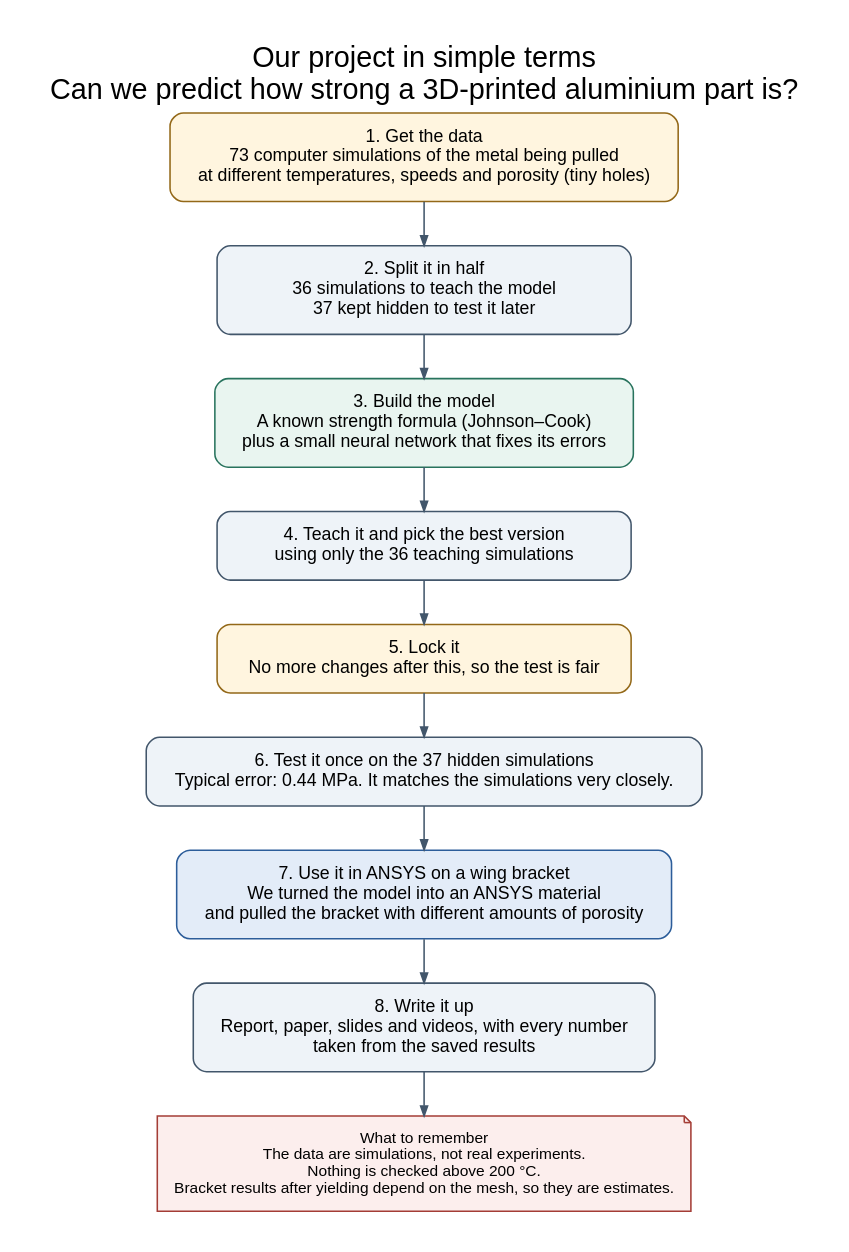
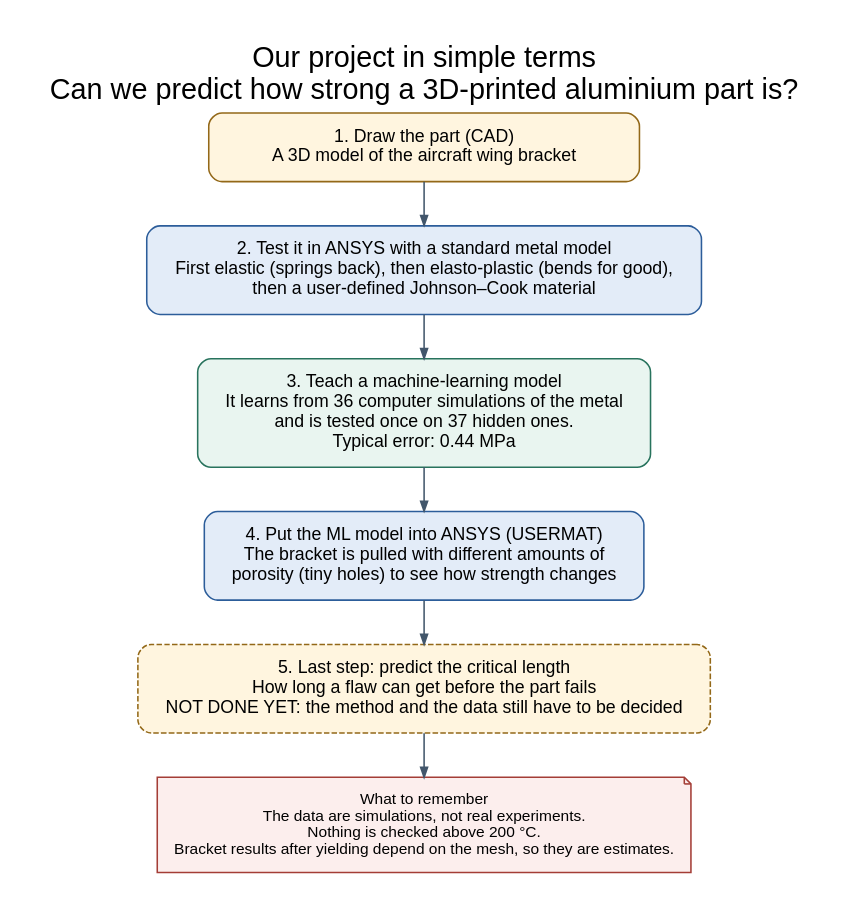
The diagram in docs/project-flowchart/simple.dot (SaravananRamar06/MMM-ML), drawn with Graphviz before and after one commit. The commit also changed 6 other files, not shown here.

First line of the commit message:
Redraw project flowcharts in the team's order of work

```diff
--- a/docs/project-flowchart/simple.dot
+++ b/docs/project-flowchart/simple.dot
@@ -1,21 +1,18 @@
 digraph SIMPLE {
   graph [rankdir=TB, bgcolor="white", pad=0.4, nodesep=0.4, ranksep=0.55,
     fontname="Arial", fontsize=26, labelloc=t,
     label="Our project in simple terms\nCan we predict how strong a 3D-printed aluminium part is?"];
   node [shape=box, style="rounded,filled", fillcolor="#eef3f8", color="#42566b",
-    fontname="Arial", fontsize=16, margin="0.3,0.18", penwidth=1.4, width=5.2];
+    fontname="Arial", fontsize=16, margin="0.3,0.18", penwidth=1.4, width=5.4];
   edge [color="#42566b", arrowsize=0.9, penwidth=1.4];
 
-  a [label="1. Get the data\n73 computer simulations of the metal being pulled\nat different temperatures, speeds and porosity (tiny holes)", fillcolor="#fff5df", color="#936818"];
-  b [label="2. Split it in half\n36 simulations to teach the model\n37 kept hidden to test it later"];
-  c [label="3. Build the model\nA known strength formula (Johnson–Cook)\nplus a small neural network that fixes its errors", fillcolor="#e9f5f0", color="#28735d"];
-  d [label="4. Teach it and pick the best version\nusing only the 36 teaching simulations"];
-  e [label="5. Lock it\nNo more changes after this, so the test is fair", fillcolor="#fff5df", color="#936818"];
-  f [label="6. Test it once on the 37 hidden simulations\nTypical error: 0.44 MPa. It matches the simulations very closely."];
-  g [label="7. Use it in ANSYS on a wing bracket\nWe turned the model into an ANSYS material\nand pulled the bracket with different amounts of porosity", fillcolor="#e3ecf8", color="#2c5d9a"];
-  h [label="8. Write it up\nReport, paper, slides and videos, with every number\ntaken from the saved results"];
+  a [label="1. Draw the part (CAD)\nA 3D model of the aircraft wing bracket", fillcolor="#fff5df", color="#936818"];
+  b [label="2. Test it in ANSYS with a standard metal model\nFirst elastic (springs back), then elasto-plastic (bends for good),\nthen a user-defined Johnson–Cook material", fillcolor="#e3ecf8", color="#2c5d9a"];
+  c [label="3. Teach a machine-learning model\nIt learns from 36 computer simulations of the metal\nand is tested once on 37 hidden ones.\nTypical error: 0.44 MPa", fillcolor="#e9f5f0", color="#28735d"];
+  d [label="4. Put the ML model into ANSYS (USERMAT)\nThe bracket is pulled with different amounts of\nporosity (tiny holes) to see how strength changes", fillcolor="#e3ecf8", color="#2c5d9a"];
+  e [label="5. Last step: predict the critical length\nHow long a flaw can get before the part fails\nNOT DONE YET: the method and the data still have to be decided", style="rounded,dashed,filled", fillcolor="#fff5df", color="#936818"];
   note [shape=note, fillcolor="#fceeed", color="#a43d36", fontsize=14,
     label="What to remember\nThe data are simulations, not real experiments.\nNothing is checked above 200 °C.\nBracket results after yielding depend on the mesh, so they are estimates."];
 
-  a -> b -> c -> d -> e -> f -> g -> h -> note;
+  a -> b -> c -> d -> e -> note;
 }
```
